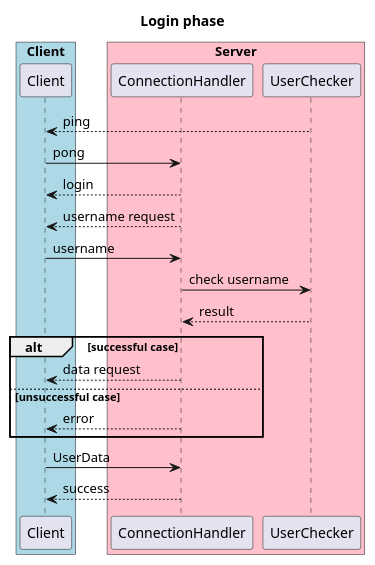
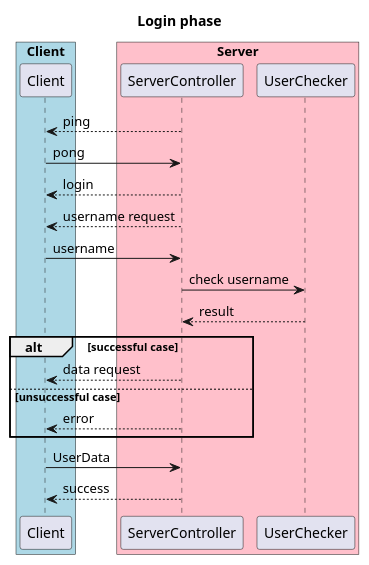
The diagram in docs/Sequence Diagram/Login Phase.puml (dltmtt/IS23-AM13), drawn with PlantUML before and after one commit. The commit also changed 1 other file, not shown here.

```diff
--- a/docs/Sequence Diagram/Login Phase.puml
+++ b/docs/Sequence Diagram/Login Phase.puml
@@ -1,34 +1,34 @@
 @startuml
 title "Login phase"
 
 box "Client" #LightBlue
 participant Client
 end box
 
 box "Server" #Pink
-participant ConnectionHandler
+participant ServerController
 participant UserChecker
 end box
 
 'Client-Server connections
-Client<--UserChecker: ping
-Client->ConnectionHandler: pong
-Client<--ConnectionHandler: login
-Client<--ConnectionHandler: username request
-Client->ConnectionHandler: username
+Client<--ServerController: ping
+Client->ServerController: pong
+Client<--ServerController: login
+Client<--ServerController: username request
+Client->ServerController: username
 
 
 'Server-UserChecker connections
-ConnectionHandler->UserChecker: check username
-UserChecker-->ConnectionHandler: result
+ServerController->UserChecker: check username
+UserChecker-->ServerController: result
 
 'alt cases
 alt successful case
-Client<--ConnectionHandler: data request
+Client<--ServerController: data request
 else unsuccessful case
-Client<--ConnectionHandler: error
+Client<--ServerController: error
 end
 
-Client->ConnectionHandler: UserData
-Client<--ConnectionHandler: success
+Client->ServerController: UserData
+Client<--ServerController: success
 @enduml
```
